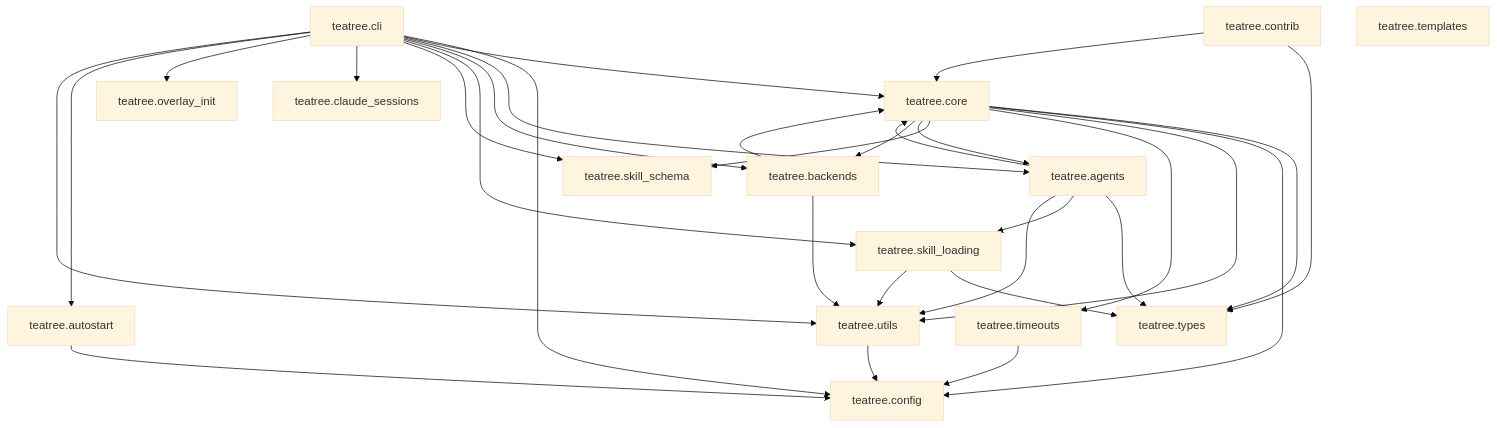
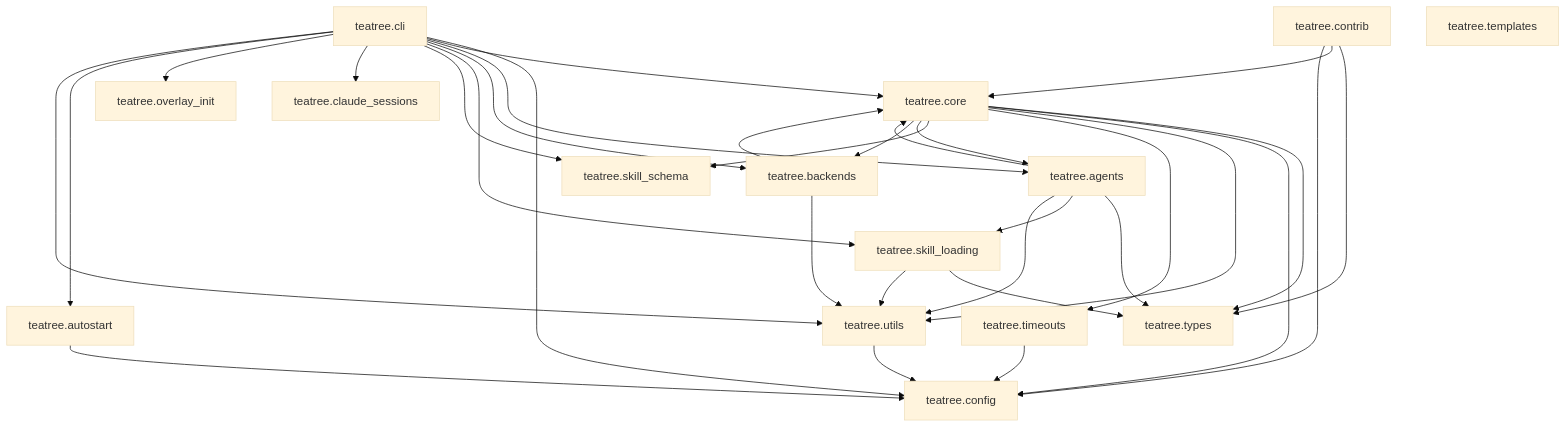
The sixth of 6 diagrams in BLUEPRINT.md (souliane/teatree), drawn with Mermaid (base theme) before and after one commit. The commit also changed 7 other files, not shown here.

````diff
--- a/BLUEPRINT.md
+++ b/BLUEPRINT.md
@@ -1327,39 +1327,40 @@
 ```mermaid
 graph TD
     teatree.utils --> teatree.config
     teatree.autostart --> teatree.config
     teatree.timeouts --> teatree.config
     teatree.skill_loading --> teatree.types
     teatree.skill_loading --> teatree.utils
     teatree.core --> teatree.types
     teatree.core --> teatree.config
     teatree.core --> teatree.utils
     teatree.core --> teatree.timeouts
     teatree.core --> teatree.skill_schema
     teatree.core --> teatree.agents
     teatree.core --> teatree.backends
     teatree.agents --> teatree.types
     teatree.agents --> teatree.core
     teatree.agents --> teatree.skill_loading
     teatree.agents --> teatree.utils
     teatree.backends --> teatree.utils
     teatree.backends --> teatree.core
     teatree.contrib --> teatree.types
     teatree.contrib --> teatree.core
+    teatree.contrib --> teatree.config
     teatree.cli --> teatree.config
     teatree.cli --> teatree.core
     teatree.cli --> teatree.agents
     teatree.cli --> teatree.backends
     teatree.cli --> teatree.skill_loading
     teatree.cli --> teatree.skill_schema
     teatree.cli --> teatree.claude_sessions
     teatree.cli --> teatree.overlay_init
     teatree.cli --> teatree.autostart
     teatree.cli --> teatree.utils
     teatree.types
     teatree.config
     teatree.templates
     teatree.claude_sessions
     teatree.overlay_init
     teatree.skill_schema
 ```
````
